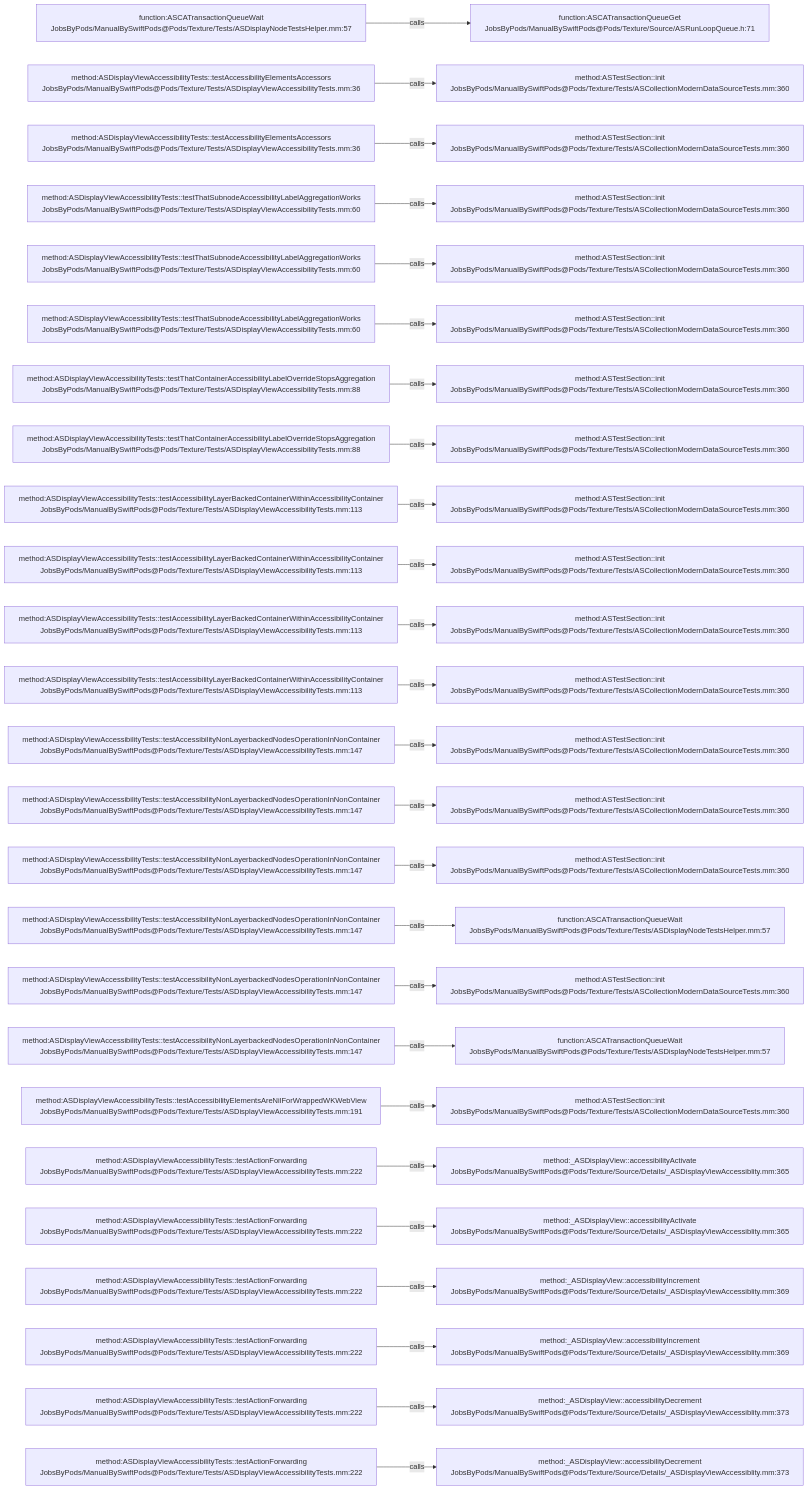
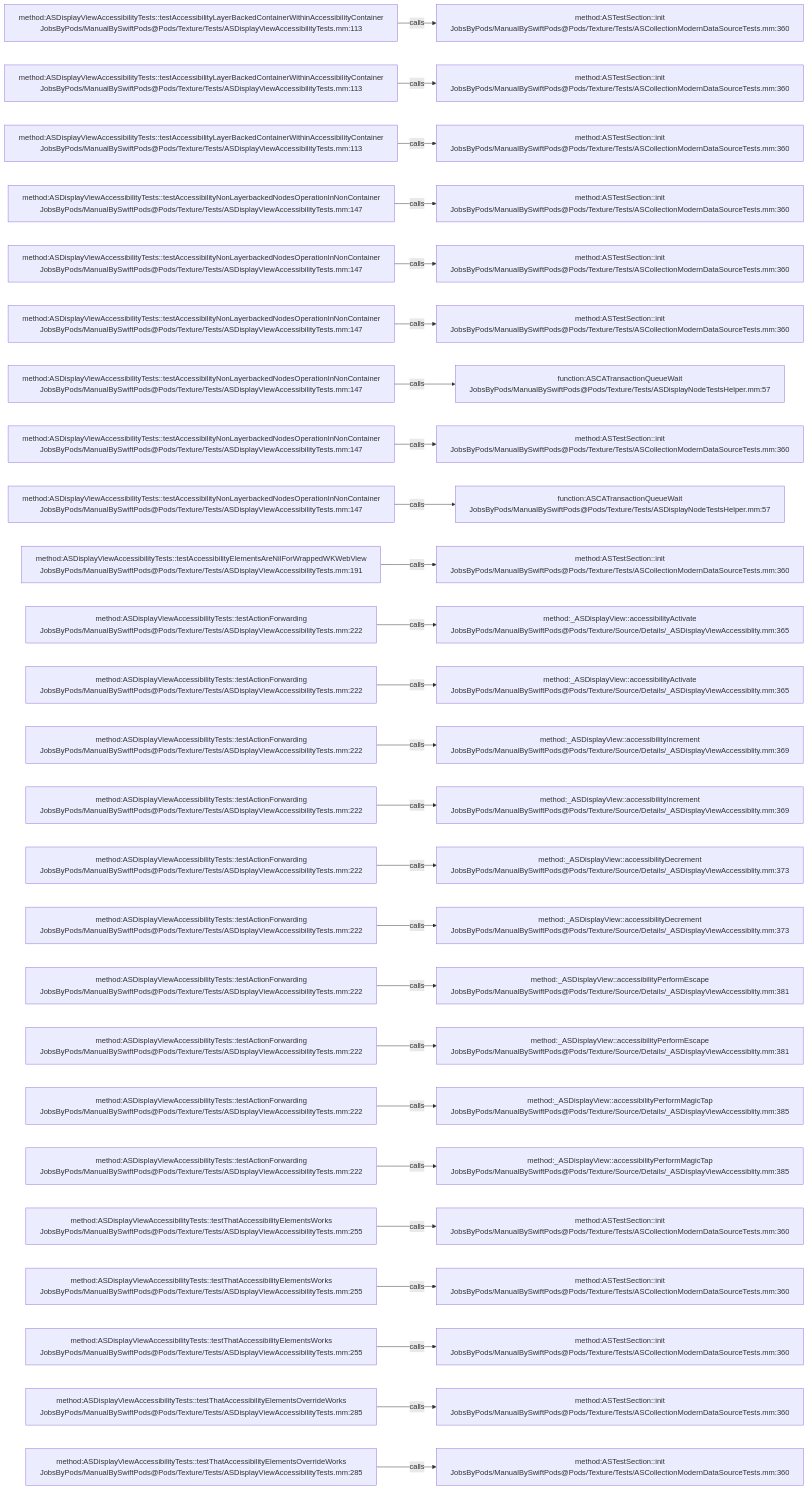
The diagram in .codegraph/codegraph.md/graphs/calls-198.md (JobsKits/JobsSwiftBaseConfigDemo), drawn with Mermaid before and after one commit. The commit also changed 707 other files, not shown here.

````diff
--- a/.codegraph/codegraph.md/graphs/calls-198.md
+++ b/.codegraph/codegraph.md/graphs/calls-198.md
@@ -13,78 +13,78 @@
 ```mermaid
 flowchart LR
-  S1["function:ASCATransactionQueueWait<br/>JobsByPods/ManualBySwiftPods@Pods/Texture/Tests/ASDisplayNodeTestsHelper.mm:57"]
-  T1["function:ASCATransactionQueueGet<br/>JobsByPods/ManualBySwiftPods@Pods/Texture/Source/ASRunLoopQueue.h:71"]
+  S1["method:ASDisplayViewAccessibilityTests::testAccessibilityLayerBackedContainerWithinAccessibilityContainer<br/>JobsByPods/ManualBySwiftPods@Pods/Texture/Tests/ASDisplayViewAccessibilityTests.mm:113"]
+  T1["method:ASTestSection::init<br/>JobsByPods/ManualBySwiftPods@Pods/Texture/Tests/ASCollectionModernDataSourceTests.mm:360"]
   S1 -->|calls| T1
-  S2["method:ASDisplayViewAccessibilityTests::testAccessibilityElementsAccessors<br/>JobsByPods/ManualBySwiftPods@Pods/Texture/Tests/ASDisplayViewAccessibilityTests.mm:36"]
+  S2["method:ASDisplayViewAccessibilityTests::testAccessibilityLayerBackedContainerWithinAccessibilityContainer<br/>JobsByPods/ManualBySwiftPods@Pods/Texture/Tests/ASDisplayViewAccessibilityTests.mm:113"]
   T2["method:ASTestSection::init<br/>JobsByPods/ManualBySwiftPods@Pods/Texture/Tests/ASCollectionModernDataSourceTests.mm:360"]
   S2 -->|calls| T2
-  S3["method:ASDisplayViewAccessibilityTests::testAccessibilityElementsAccessors<br/>JobsByPods/ManualBySwiftPods@Pods/Texture/Tests/ASDisplayViewAccessibilityTests.mm:36"]
+  S3["method:ASDisplayViewAccessibilityTests::testAccessibilityLayerBackedContainerWithinAccessibilityContainer<br/>JobsByPods/ManualBySwiftPods@Pods/Texture/Tests/ASDisplayViewAccessibilityTests.mm:113"]
   T3["method:ASTestSection::init<br/>JobsByPods/ManualBySwiftPods@Pods/Texture/Tests/ASCollectionModernDataSourceTests.mm:360"]
   S3 -->|calls| T3
-  S4["method:ASDisplayViewAccessibilityTests::testThatSubnodeAccessibilityLabelAggregationWorks<br/>JobsByPods/ManualBySwiftPods@Pods/Texture/Tests/ASDisplayViewAccessibilityTests.mm:60"]
+  S4["method:ASDisplayViewAccessibilityTests::testAccessibilityNonLayerbackedNodesOperationInNonContainer<br/>JobsByPods/ManualBySwiftPods@Pods/Texture/Tests/ASDisplayViewAccessibilityTests.mm:147"]
   T4["method:ASTestSection::init<br/>JobsByPods/ManualBySwiftPods@Pods/Texture/Tests/ASCollectionModernDataSourceTests.mm:360"]
   S4 -->|calls| T4
-  S5["method:ASDisplayViewAccessibilityTests::testThatSubnodeAccessibilityLabelAggregationWorks<br/>JobsByPods/ManualBySwiftPods@Pods/Texture/Tests/ASDisplayViewAccessibilityTests.mm:60"]
+  S5["method:ASDisplayViewAccessibilityTests::testAccessibilityNonLayerbackedNodesOperationInNonContainer<br/>JobsByPods/ManualBySwiftPods@Pods/Texture/Tests/ASDisplayViewAccessibilityTests.mm:147"]
   T5["method:ASTestSection::init<br/>JobsByPods/ManualBySwiftPods@Pods/Texture/Tests/ASCollectionModernDataSourceTests.mm:360"]
   S5 -->|calls| T5
-  S6["method:ASDisplayViewAccessibilityTests::testThatSubnodeAccessibilityLabelAggregationWorks<br/>JobsByPods/ManualBySwiftPods@Pods/Texture/Tests/ASDisplayViewAccessibilityTests.mm:60"]
+  S6["method:ASDisplayViewAccessibilityTests::testAccessibilityNonLayerbackedNodesOperationInNonContainer<br/>JobsByPods/ManualBySwiftPods@Pods/Texture/Tests/ASDisplayViewAccessibilityTests.mm:147"]
   T6["method:ASTestSection::init<br/>JobsByPods/ManualBySwiftPods@Pods/Texture/Tests/ASCollectionModernDataSourceTests.mm:360"]
   S6 -->|calls| T6
-  S7["method:ASDisplayViewAccessibilityTests::testThatContainerAccessibilityLabelOverrideStopsAggregation<br/>JobsByPods/ManualBySwiftPods@Pods/Texture/Tests/ASDisplayViewAccessibilityTests.mm:88"]
-  T7["method:ASTestSection::init<br/>JobsByPods/ManualBySwiftPods@Pods/Texture/Tests/ASCollectionModernDataSourceTests.mm:360"]
+  S7["method:ASDisplayViewAccessibilityTests::testAccessibilityNonLayerbackedNodesOperationInNonContainer<br/>JobsByPods/ManualBySwiftPods@Pods/Texture/Tests/ASDisplayViewAccessibilityTests.mm:147"]
+  T7["function:ASCATransactionQueueWait<br/>JobsByPods/ManualBySwiftPods@Pods/Texture/Tests/ASDisplayNodeTestsHelper.mm:57"]
   S7 -->|calls| T7
-  S8["method:ASDisplayViewAccessibilityTests::testThatContainerAccessibilityLabelOverrideStopsAggregation<br/>JobsByPods/ManualBySwiftPods@Pods/Texture/Tests/ASDisplayViewAccessibilityTests.mm:88"]
+  S8["method:ASDisplayViewAccessibilityTests::testAccessibilityNonLayerbackedNodesOperationInNonContainer<br/>JobsByPods/ManualBySwiftPods@Pods/Texture/Tests/ASDisplayViewAccessibilityTests.mm:147"]
   T8["method:ASTestSection::init<br/>JobsByPods/ManualBySwiftPods@Pods/Texture/Tests/ASCollectionModernDataSourceTests.mm:360"]
   S8 -->|calls| T8
-  S9["method:ASDisplayViewAccessibilityTests::testAccessibilityLayerBackedContainerWithinAccessibilityContainer<br/>JobsByPods/ManualBySwiftPods@Pods/Texture/Tests/ASDisplayViewAccessibilityTests.mm:113"]
-  T9["method:ASTestSection::init<br/>JobsByPods/ManualBySwiftPods@Pods/Texture/Tests/ASCollectionModernDataSourceTests.mm:360"]
+  S9["method:ASDisplayViewAccessibilityTests::testAccessibilityNonLayerbackedNodesOperationInNonContainer<br/>JobsByPods/ManualBySwiftPods@Pods/Texture/Tests/ASDisplayViewAccessibilityTests.mm:147"]
+  T9["function:ASCATransactionQueueWait<br/>JobsByPods/ManualBySwiftPods@Pods/Texture/Tests/ASDisplayNodeTestsHelper.mm:57"]
   S9 -->|calls| T9
-  S10["method:ASDisplayViewAccessibilityTests::testAccessibilityLayerBackedContainerWithinAccessibilityContainer<br/>JobsByPods/ManualBySwiftPods@Pods/Texture/Tests/ASDisplayViewAccessibilityTests.mm:113"]
+  S10["method:ASDisplayViewAccessibilityTests::testAccessibilityElementsAreNilForWrappedWKWebView<br/>JobsByPods/ManualBySwiftPods@Pods/Texture/Tests/ASDisplayViewAccessibilityTests.mm:191"]
   T10["method:ASTestSection::init<br/>JobsByPods/ManualBySwiftPods@Pods/Texture/Tests/ASCollectionModernDataSourceTests.mm:360"]
   S10 -->|calls| T10
-  S11["method:ASDisplayViewAccessibilityTests::testAccessibilityLayerBackedContainerWithinAccessibilityContainer<br/>JobsByPods/ManualBySwiftPods@Pods/Texture/Tests/ASDisplayViewAccessibilityTests.mm:113"]
-  T11["method:ASTestSection::init<br/>JobsByPods/ManualBySwiftPods@Pods/Texture/Tests/ASCollectionModernDataSourceTests.mm:360"]
+  S11["method:ASDisplayViewAccessibilityTests::testActionForwarding<br/>JobsByPods/ManualBySwiftPods@Pods/Texture/Tests/ASDisplayViewAccessibilityTests.mm:222"]
+  T11["method:_ASDisplayView::accessibilityActivate<br/>JobsByPods/ManualBySwiftPods@Pods/Texture/Source/Details/_ASDisplayViewAccessiblity.mm:365"]
   S11 -->|calls| T11
-  S12["method:ASDisplayViewAccessibilityTests::testAccessibilityLayerBackedContainerWithinAccessibilityContainer<br/>JobsByPods/ManualBySwiftPods@Pods/Texture/Tests/ASDisplayViewAccessibilityTests.mm:113"]
-  T12["method:ASTestSection::init<br/>JobsByPods/ManualBySwiftPods@Pods/Texture/Tests/ASCollectionModernDataSourceTests.mm:360"]
+  S12["method:ASDisplayViewAccessibilityTests::testActionForwarding<br/>JobsByPods/ManualBySwiftPods@Pods/Texture/Tests/ASDisplayViewAccessibilityTests.mm:222"]
+  T12["method:_ASDisplayView::accessibilityActivate<br/>JobsByPods/ManualBySwiftPods@Pods/Texture/Source/Details/_ASDisplayViewAccessiblity.mm:365"]
   S12 -->|calls| T12
-  S13["method:ASDisplayViewAccessibilityTests::testAccessibilityNonLayerbackedNodesOperationInNonContainer<br/>JobsByPods/ManualBySwiftPods@Pods/Texture/Tests/ASDisplayViewAccessibilityTests.mm:147"]
-  T13["method:ASTestSection::init<br/>JobsByPods/ManualBySwiftPods@Pods/Texture/Tests/ASCollectionModernDataSourceTests.mm:360"]
+  S13["method:ASDisplayViewAccessibilityTests::testActionForwarding<br/>JobsByPods/ManualBySwiftPods@Pods/Texture/Tests/ASDisplayViewAccessibilityTests.mm:222"]
+  T13["method:_ASDisplayView::accessibilityIncrement<br/>JobsByPods/ManualBySwiftPods@Pods/Texture/Source/Details/_ASDisplayViewAccessiblity.mm:369"]
   S13 -->|calls| T13
-  S14["method:ASDisplayViewAccessibilityTests::testAccessibilityNonLayerbackedNodesOperationInNonContainer<br/>JobsByPods/ManualBySwiftPods@Pods/Texture/Tests/ASDisplayViewAccessibilityTests.mm:147"]
-  T14["method:ASTestSection::init<br/>JobsByPods/ManualBySwiftPods@Pods/Texture/Tests/ASCollectionModernDataSourceTests.mm:360"]
+  S14["method:ASDisplayViewAccessibilityTests::testActionForwarding<br/>JobsByPods/ManualBySwiftPods@Pods/Texture/Tests/ASDisplayViewAccessibilityTests.mm:222"]
+  T14["method:_ASDisplayView::accessibilityIncrement<br/>JobsByPods/ManualBySwiftPods@Pods/Texture/Source/Details/_ASDisplayViewAccessiblity.mm:369"]
   S14 -->|calls| T14
-  S15["method:ASDisplayViewAccessibilityTests::testAccessibilityNonLayerbackedNodesOperationInNonContainer<br/>JobsByPods/ManualBySwiftPods@Pods/Texture/Tests/ASDisplayViewAccessibilityTests.mm:147"]
-  T15["method:ASTestSection::init<br/>JobsByPods/ManualBySwiftPods@Pods/Texture/Tests/ASCollectionModernDataSourceTests.mm:360"]
+  S15["method:ASDisplayViewAccessibilityTests::testActionForwarding<br/>JobsByPods/ManualBySwiftPods@Pods/Texture/Tests/ASDisplayViewAccessibilityTests.mm:222"]
+  T15["method:_ASDisplayView::accessibilityDecrement<br/>JobsByPods/ManualBySwiftPods@Pods/Texture/Source/Details/_ASDisplayViewAccessiblity.mm:373"]
   S15 -->|calls| T15
-  S16["method:ASDisplayViewAccessibilityTests::testAccessibilityNonLayerbackedNodesOperationInNonContainer<br/>JobsByPods/ManualBySwiftPods@Pods/Texture/Tests/ASDisplayViewAccessibilityTests.mm:147"]
-  T16["function:ASCATransactionQueueWait<br/>JobsByPods/ManualBySwiftPods@Pods/Texture/Tests/ASDisplayNodeTestsHelper.mm:57"]
+  S16["method:ASDisplayViewAccessibilityTests::testActionForwarding<br/>JobsByPods/ManualBySwiftPods@Pods/Texture/Tests/ASDisplayViewAccessibilityTests.mm:222"]
+  T16["method:_ASDisplayView::accessibilityDecrement<br/>JobsByPods/ManualBySwiftPods@Pods/Texture/Source/Details/_ASDisplayViewAccessiblity.mm:373"]
   S16 -->|calls| T16
-  S17["method:ASDisplayViewAccessibilityTests::testAccessibilityNonLayerbackedNodesOperationInNonContainer<br/>JobsByPods/ManualBySwiftPods@Pods/Texture/Tests/ASDisplayViewAccessibilityTests.mm:147"]
-  T17["method:ASTestSection::init<br/>JobsByPods/ManualBySwiftPods@Pods/Texture/Tests/ASCollectionModernDataSourceTests.mm:360"]
+  S17["method:ASDisplayViewAccessibilityTests::testActionForwarding<br/>JobsByPods/ManualBySwiftPods@Pods/Texture/Tests/ASDisplayViewAccessibilityTests.mm:222"]
+  T17["method:_ASDisplayView::accessibilityPerformEscape<br/>JobsByPods/ManualBySwiftPods@Pods/Texture/Source/Details/_ASDisplayViewAccessiblity.mm:381"]
   S17 -->|calls| T17
-  S18["method:ASDisplayViewAccessibilityTests::testAccessibilityNonLayerbackedNodesOperationInNonContainer<br/>JobsByPods/ManualBySwiftPods@Pods/Texture/Tests/ASDisplayViewAccessibilityTests.mm:147"]
-  T18["function:ASCATransactionQueueWait<br/>JobsByPods/ManualBySwiftPods@Pods/Texture/Tests/ASDisplayNodeTestsHelper.mm:57"]
+  S18["method:ASDisplayViewAccessibilityTests::testActionForwarding<br/>JobsByPods/ManualBySwiftPods@Pods/Texture/Tests/ASDisplayViewAccessibilityTests.mm:222"]
+  T18["method:_ASDisplayView::accessibilityPerformEscape<br/>JobsByPods/ManualBySwiftPods@Pods/Texture/Source/Details/_ASDisplayViewAccessiblity.mm:381"]
   S18 -->|calls| T18
-  S19["method:ASDisplayViewAccessibilityTests::testAccessibilityElementsAreNilForWrappedWKWebView<br/>JobsByPods/ManualBySwiftPods@Pods/Texture/Tests/ASDisplayViewAccessibilityTests.mm:191"]
-  T19["method:ASTestSection::init<br/>JobsByPods/ManualBySwiftPods@Pods/Texture/Tests/ASCollectionModernDataSourceTests.mm:360"]
+  S19["method:ASDisplayViewAccessibilityTests::testActionForwarding<br/>JobsByPods/ManualBySwiftPods@Pods/Texture/Tests/ASDisplayViewAccessibilityTests.mm:222"]
+  T19["method:_ASDisplayView::accessibilityPerformMagicTap<br/>JobsByPods/ManualBySwiftPods@Pods/Texture/Source/Details/_ASDisplayViewAccessiblity.mm:385"]
   S19 -->|calls| T19
   S20["method:ASDisplayViewAccessibilityTests::testActionForwarding<br/>JobsByPods/ManualBySwiftPods@Pods/Texture/Tests/ASDisplayViewAccessibilityTests.mm:222"]
-  T20["method:_ASDisplayView::accessibilityActivate<br/>JobsByPods/ManualBySwiftPods@Pods/Texture/Source/Details/_ASDisplayViewAccessiblity.mm:365"]
+  T20["method:_ASDisplayView::accessibilityPerformMagicTap<br/>JobsByPods/ManualBySwiftPods@Pods/Texture/Source/Details/_ASDisplayViewAccessiblity.mm:385"]
   S20 -->|calls| T20
-  S21["method:ASDisplayViewAccessibilityTests::testActionForwarding<br/>JobsByPods/ManualBySwiftPods@Pods/Texture/Tests/ASDisplayViewAccessibilityTests.mm:222"]
-  T21["method:_ASDisplayView::accessibilityActivate<br/>JobsByPods/ManualBySwiftPods@Pods/Texture/Source/Details/_ASDisplayViewAccessiblity.mm:365"]
+  S21["method:ASDisplayViewAccessibilityTests::testThatAccessibilityElementsWorks<br/>JobsByPods/ManualBySwiftPods@Pods/Texture/Tests/ASDisplayViewAccessibilityTests.mm:255"]
+  T21["method:ASTestSection::init<br/>JobsByPods/ManualBySwiftPods@Pods/Texture/Tests/ASCollectionModernDataSourceTests.mm:360"]
   S21 -->|calls| T21
-  S22["method:ASDisplayViewAccessibilityTests::testActionForwarding<br/>JobsByPods/ManualBySwiftPods@Pods/Texture/Tests/ASDisplayViewAccessibilityTests.mm:222"]
-  T22["method:_ASDisplayView::accessibilityIncrement<br/>JobsByPods/ManualBySwiftPods@Pods/Texture/Source/Details/_ASDisplayViewAccessiblity.mm:369"]
+  S22["method:ASDisplayViewAccessibilityTests::testThatAccessibilityElementsWorks<br/>JobsByPods/ManualBySwiftPods@Pods/Texture/Tests/ASDisplayViewAccessibilityTests.mm:255"]
+  T22["method:ASTestSection::init<br/>JobsByPods/ManualBySwiftPods@Pods/Texture/Tests/ASCollectionModernDataSourceTests.mm:360"]
   S22 -->|calls| T22
-  S23["method:ASDisplayViewAccessibilityTests::testActionForwarding<br/>JobsByPods/ManualBySwiftPods@Pods/Texture/Tests/ASDisplayViewAccessibilityTests.mm:222"]
-  T23["method:_ASDisplayView::accessibilityIncrement<br/>JobsByPods/ManualBySwiftPods@Pods/Texture/Source/Details/_ASDisplayViewAccessiblity.mm:369"]
+  S23["method:ASDisplayViewAccessibilityTests::testThatAccessibilityElementsWorks<br/>JobsByPods/ManualBySwiftPods@Pods/Texture/Tests/ASDisplayViewAccessibilityTests.mm:255"]
+  T23["method:ASTestSection::init<br/>JobsByPods/ManualBySwiftPods@Pods/Texture/Tests/ASCollectionModernDataSourceTests.mm:360"]
   S23 -->|calls| T23
-  S24["method:ASDisplayViewAccessibilityTests::testActionForwarding<br/>JobsByPods/ManualBySwiftPods@Pods/Texture/Tests/ASDisplayViewAccessibilityTests.mm:222"]
-  T24["method:_ASDisplayView::accessibilityDecrement<br/>JobsByPods/ManualBySwiftPods@Pods/Texture/Source/Details/_ASDisplayViewAccessiblity.mm:373"]
+  S24["method:ASDisplayViewAccessibilityTests::testThatAccessibilityElementsOverrideWorks<br/>JobsByPods/ManualBySwiftPods@Pods/Texture/Tests/ASDisplayViewAccessibilityTests.mm:285"]
+  T24["method:ASTestSection::init<br/>JobsByPods/ManualBySwiftPods@Pods/Texture/Tests/ASCollectionModernDataSourceTests.mm:360"]
   S24 -->|calls| T24
-  S25["method:ASDisplayViewAccessibilityTests::testActionForwarding<br/>JobsByPods/ManualBySwiftPods@Pods/Texture/Tests/ASDisplayViewAccessibilityTests.mm:222"]
-  T25["method:_ASDisplayView::accessibilityDecrement<br/>JobsByPods/ManualBySwiftPods@Pods/Texture/Source/Details/_ASDisplayViewAccessiblity.mm:373"]
+  S25["method:ASDisplayViewAccessibilityTests::testThatAccessibilityElementsOverrideWorks<br/>JobsByPods/ManualBySwiftPods@Pods/Texture/Tests/ASDisplayViewAccessibilityTests.mm:285"]
+  T25["method:ASTestSection::init<br/>JobsByPods/ManualBySwiftPods@Pods/Texture/Tests/ASCollectionModernDataSourceTests.mm:360"]
   S25 -->|calls| T25
 ```
````
